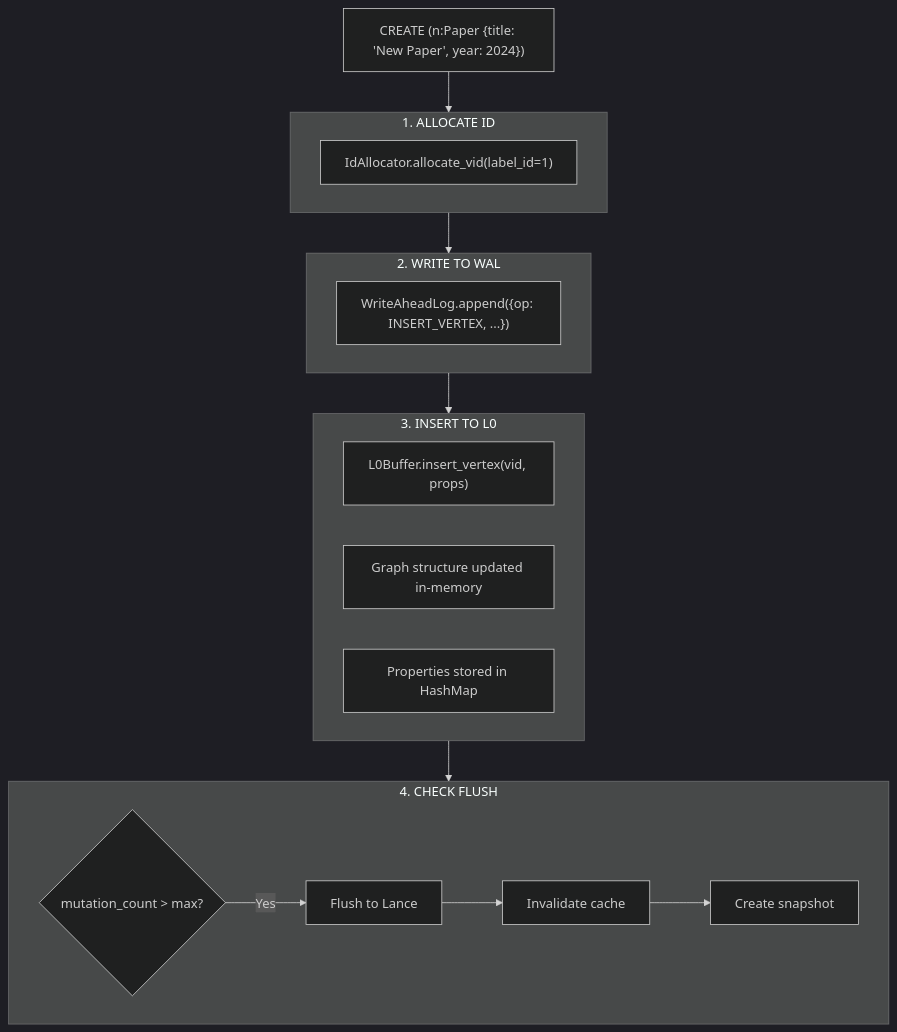
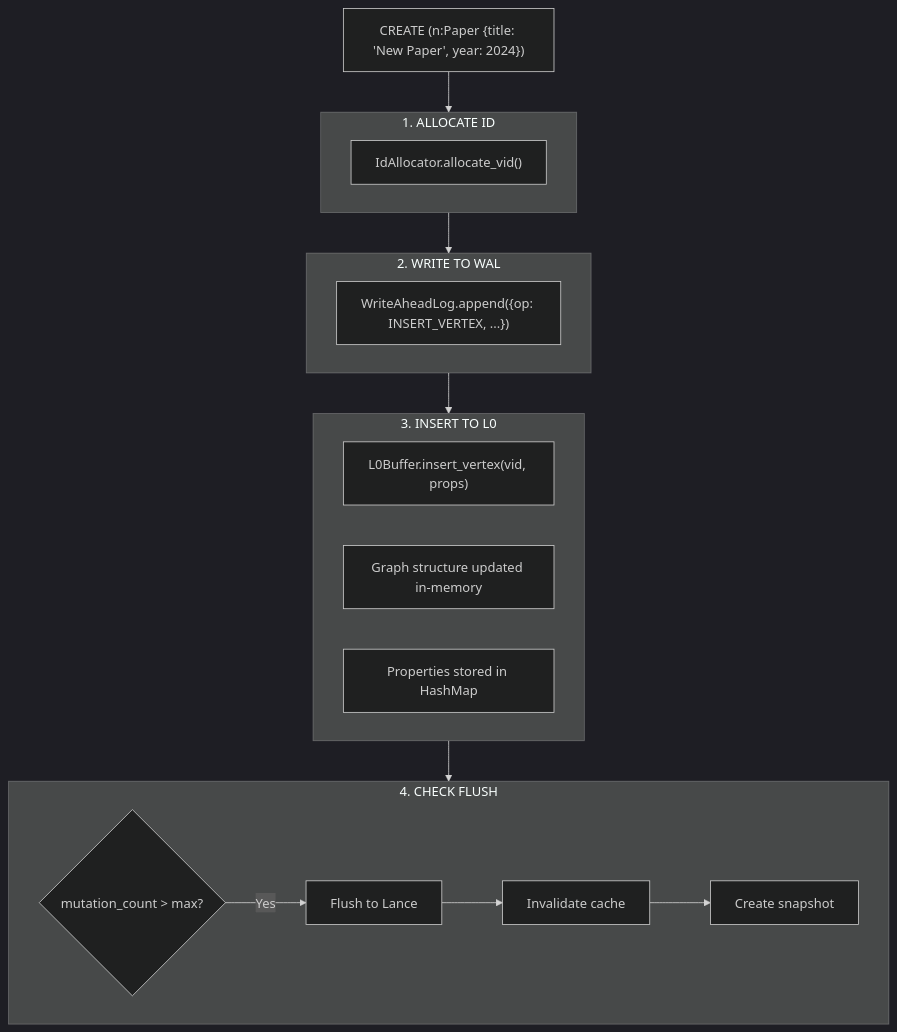
The sixth of 6 diagrams in website/docs/concepts/architecture.md (rustic-ai/uni-db), drawn with Mermaid (dark theme) before and after one commit. The commit also changed other lines of this file and 93 other files, not shown here.

````diff
--- a/website/docs/concepts/architecture.md
+++ b/website/docs/concepts/architecture.md
@@ -464,28 +463,28 @@
 ```mermaid
 flowchart TB
     C["CREATE (n:Paper {title: 'New Paper', year: 2024})"]
 
     subgraph Allocate["1. ALLOCATE ID"]
-        A1["IdAllocator.allocate_vid(label_id=1)"]
+        A1["IdAllocator.allocate_vid()"]
     end
 
     subgraph WAL["2. WRITE TO WAL"]
         W1["WriteAheadLog.append({op: INSERT_VERTEX, ...})"]
     end
 
     subgraph L0["3. INSERT TO L0"]
         L1["L0Buffer.insert_vertex(vid, props)"]
         L2["Graph structure updated in-memory"]
         L3["Properties stored in HashMap"]
     end
 
     subgraph Flush["4. CHECK FLUSH"]
         F1{"mutation_count > max?"}
         F2["Flush to Lance"]
         F3["Invalidate cache"]
         F4["Create snapshot"]
         F1 -->|Yes| F2 --> F3 --> F4
     end
 
     C --> Allocate --> WAL --> L0 --> Flush
 ```
````
